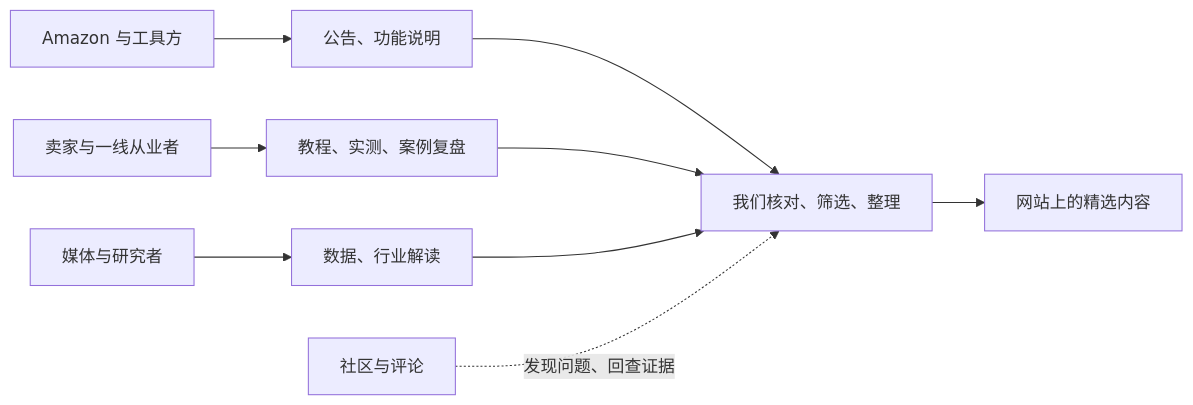
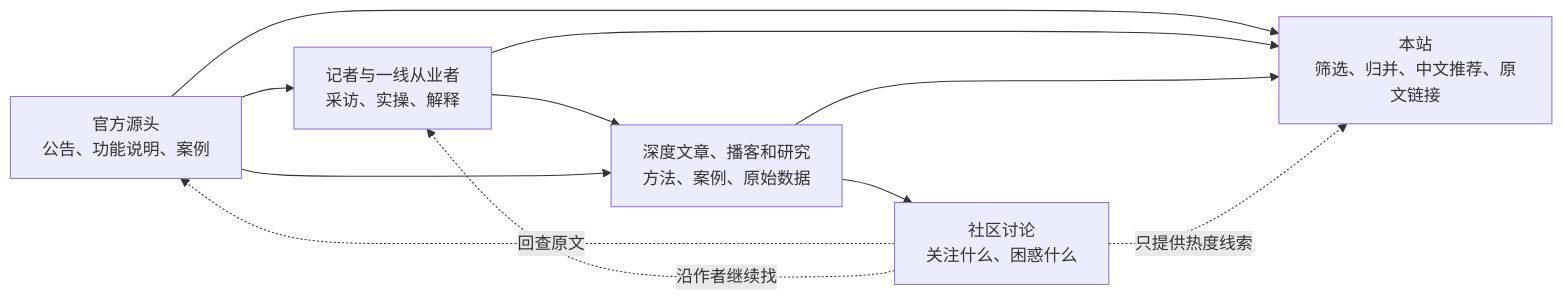
One commit to jasmineztoh/amazon-ads-hot changed the diagram in docs/信源.md. Above: the diagram before and after it, drawn with Mermaid. The commit also changed other lines of this file and 6 other files, not shown here.

````diff
--- a/docs/信源.md
+++ b/docs/信源.md
@@ -9,11 +21,13 @@
 ```mermaid
 flowchart LR
-    A[Amazon 与工具方] --> B[公告、功能说明]
-    C[卖家与一线从业者] --> D[教程、实测、案例复盘]
-    E[媒体与研究者] --> F[数据、行业解读]
-    B --> G[我们核对、筛选、整理]
-    D --> G
-    F --> G
-    H[社区与评论] -. 发现问题、回查证据 .-> G
-    G --> I[网站上的精选内容]
+  A["官方源头<br/>公告、功能说明、案例"] --> B["记者与一线从业者<br/>采访、实操、解释"]
+  B --> C["深度文章、播客和研究<br/>方法、案例、原始数据"]
+  A --> C
+  C --> D["社区讨论<br/>关注什么、困惑什么"]
+  D -. 回查原文 .-> A
+  D -. 沿作者继续找 .-> B
+  A --> E["本站<br/>筛选、归并、中文推荐、原文链接"]
+  B --> E
+  C --> E
+  D -. 只提供热度线索 .-> E
 ```
````
